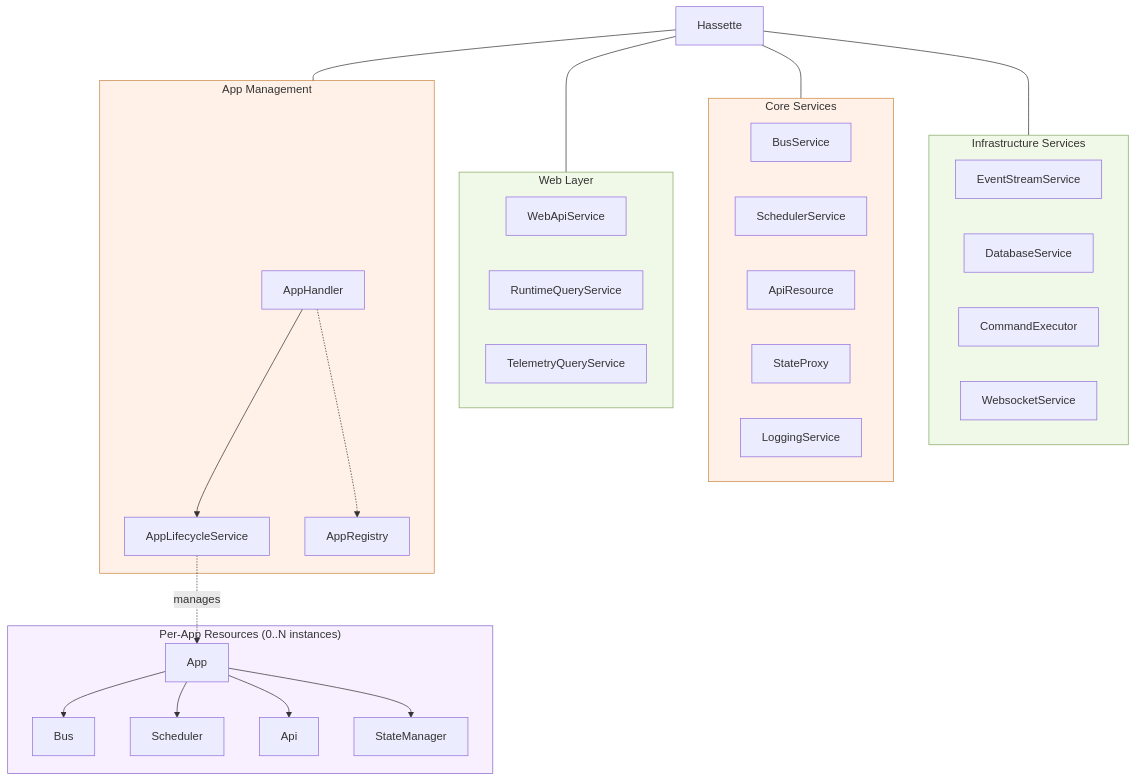
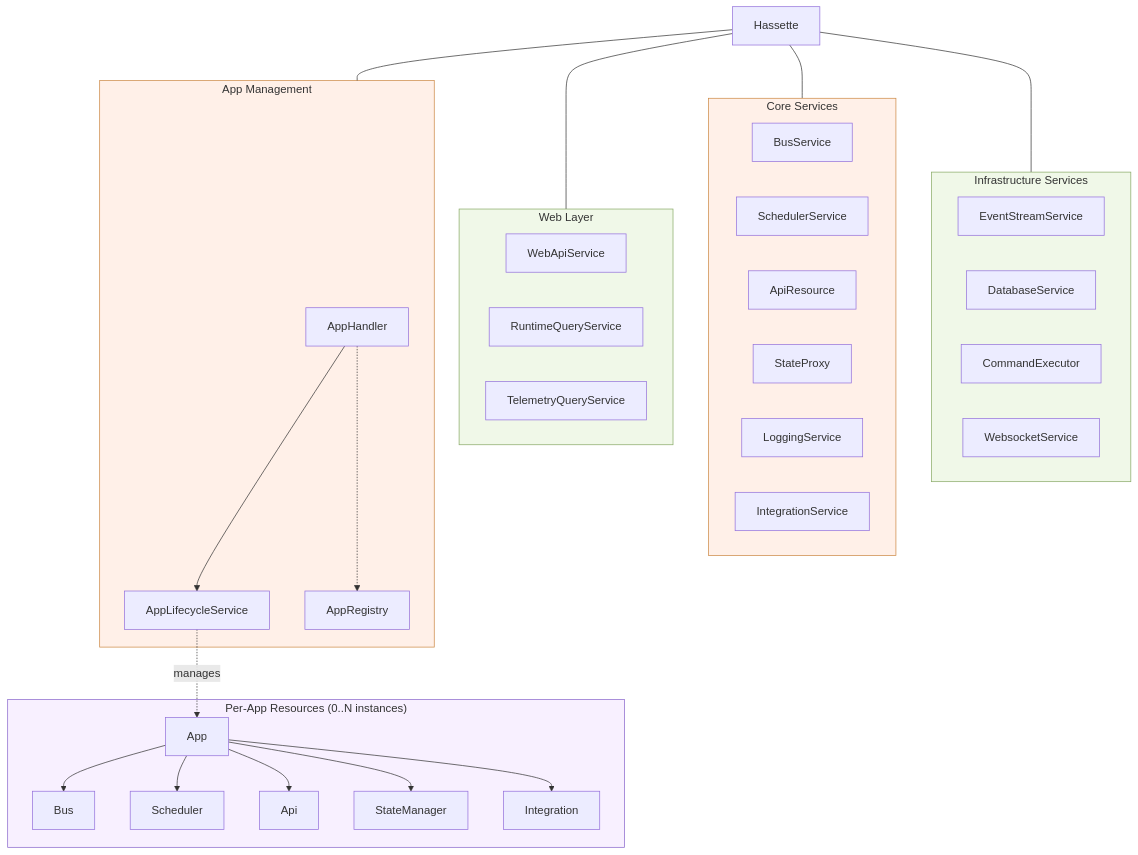
The third of 3 diagrams in docs/pages/core-concepts/internals/index.md (NodeJSmith/hassette), drawn with Mermaid before and after one commit. The commit also changed other lines of this file and 64 other files, not shown here.

````diff
--- a/docs/pages/core-concepts/internals/index.md
+++ b/docs/pages/core-concepts/internals/index.md
@@ -165,58 +167,60 @@
 ```mermaid
 graph TD
     accTitle: Component Ownership Tree
     accDescr: Parent-child resource hierarchy from Hassette root to per-app handles
 
     Hassette
 
     subgraph infra["Infrastructure Services"]
         EventStreamService
         DatabaseService
         CommandExecutor
         WebsocketService
     end
 
     subgraph core["Core Services"]
         BusService
         SchedulerService
         ApiResource
         StateProxy
         LoggingService
+        IntegrationService
     end
 
     subgraph web["Web Layer"]
         WebApiService
         RuntimeQueryService
         TelemetryQueryService
     end
 
     subgraph apps["App Management"]
         AppHandler
         AppLifecycleService
         AppRegistry
     end
 
     Hassette --- infra
     Hassette --- core
     Hassette --- web
     Hassette --- apps
 
     AppHandler --> AppLifecycleService
     AppHandler -.-> AppRegistry
 
     subgraph perapp["Per-App Resources (0..N instances)"]
         App
         App --> Bus
         App --> Scheduler
         App --> Api
         App --> StateManager
+        App --> Integration
     end
 
     AppLifecycleService -. manages .-> App
 
     style infra fill:#f0f8e8,stroke:#88aa66
     style core fill:#fff0e8,stroke:#cc8844
     style web fill:#f0f8e8,stroke:#88aa66
     style apps fill:#fff0e8,stroke:#cc8844
     style perapp fill:#f8f0ff,stroke:#8866cc
 ```
````
